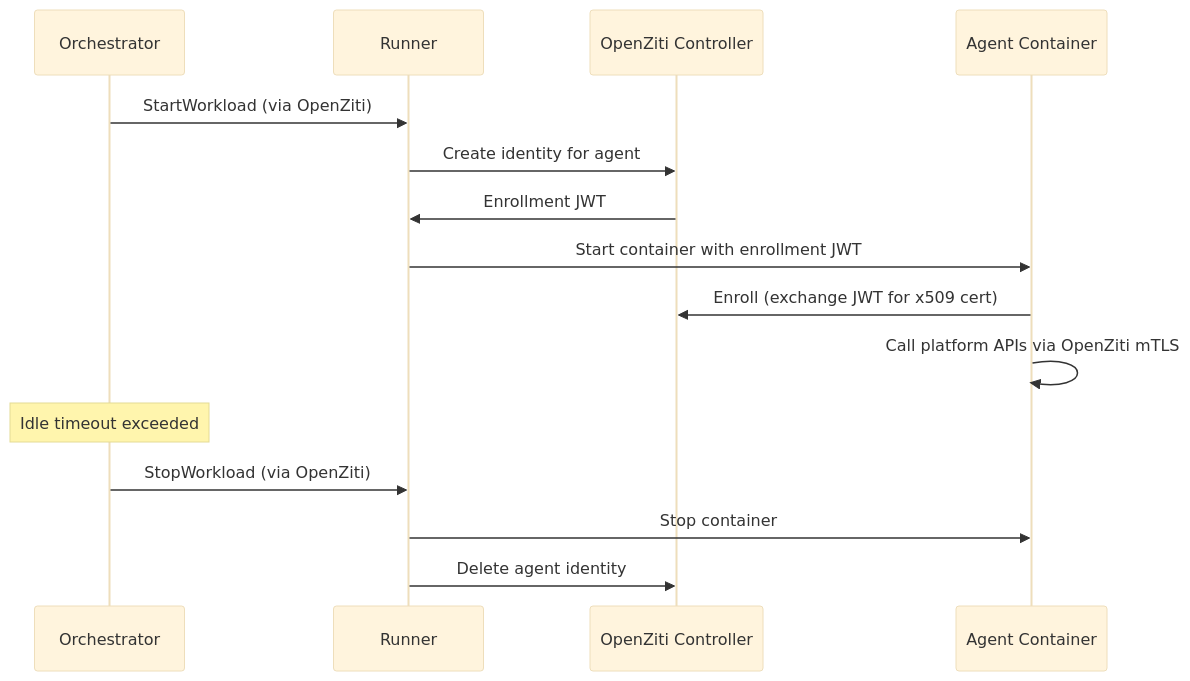
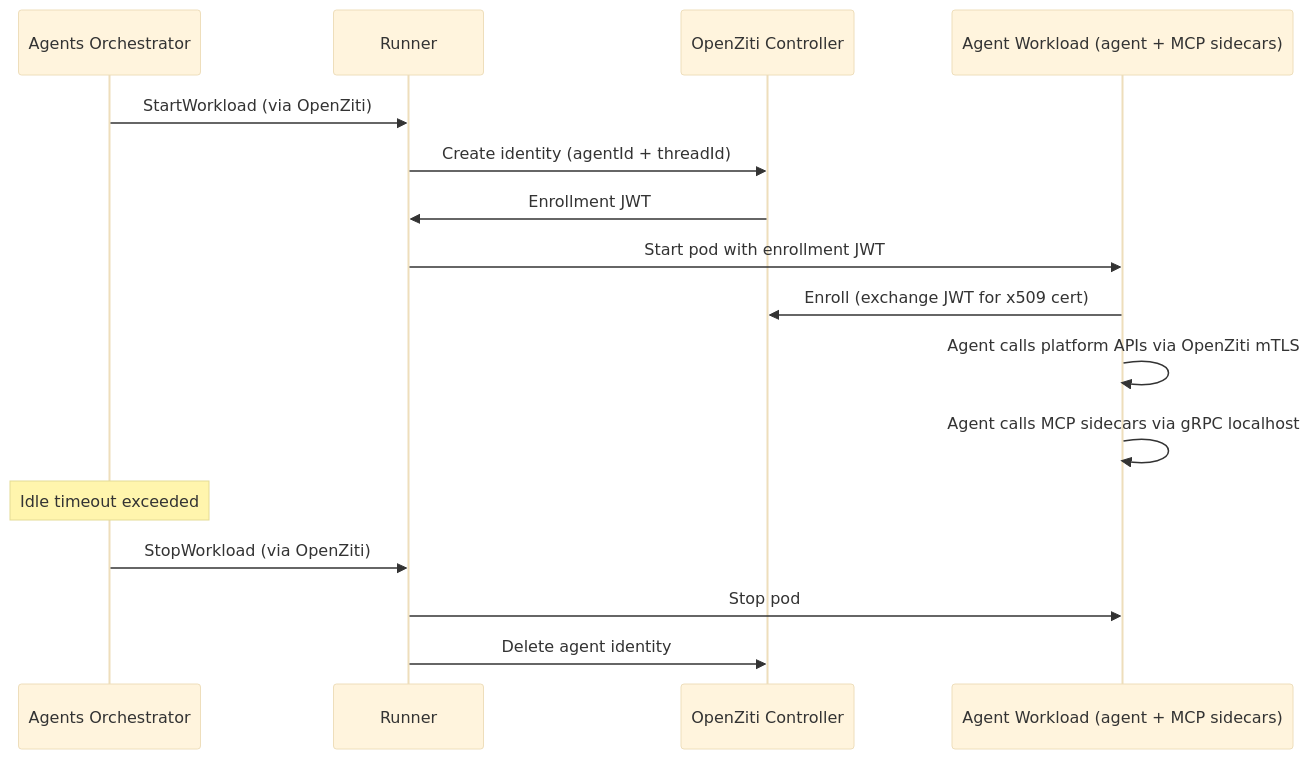
One commit to agynio/architecture changed the third of 4 diagrams in architecture/authn.md. Above: the diagram before and after it, drawn with Mermaid (base theme). The commit also changed other lines of this file and 11 other files, not shown here.

First line of the commit message:
MCP servers as sidecars, identity scoped to agentId+threadId

````diff
--- a/architecture/authn.md
+++ b/architecture/authn.md
@@ -94,19 +94,20 @@
 ```mermaid
 sequenceDiagram
-    participant O as Orchestrator
+    participant O as Agents Orchestrator
     participant R as Runner
     participant ZC as OpenZiti Controller
-    participant A as Agent Container
+    participant A as Agent Workload (agent + MCP sidecars)
 
     O->>R: StartWorkload (via OpenZiti)
-    R->>ZC: Create identity for agent
+    R->>ZC: Create identity (agentId + threadId)
     ZC->>R: Enrollment JWT
-    R->>A: Start container with enrollment JWT
+    R->>A: Start pod with enrollment JWT
     A->>ZC: Enroll (exchange JWT for x509 cert)
-    A->>A: Call platform APIs via OpenZiti mTLS
+    A->>A: Agent calls platform APIs via OpenZiti mTLS
+    A->>A: Agent calls MCP sidecars via gRPC localhost
 
     Note over O: Idle timeout exceeded
     O->>R: StopWorkload (via OpenZiti)
-    R->>A: Stop container
+    R->>A: Stop pod
     R->>ZC: Delete agent identity
 ```
````
